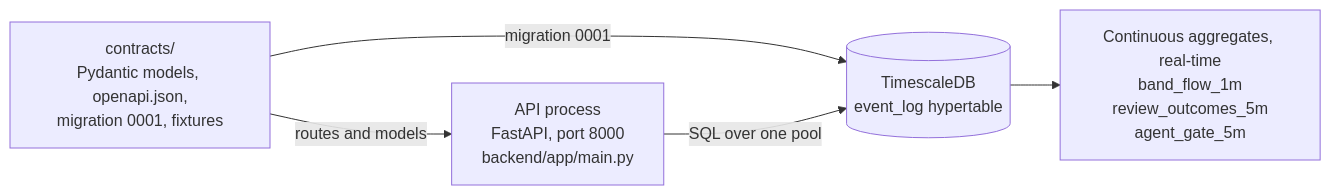
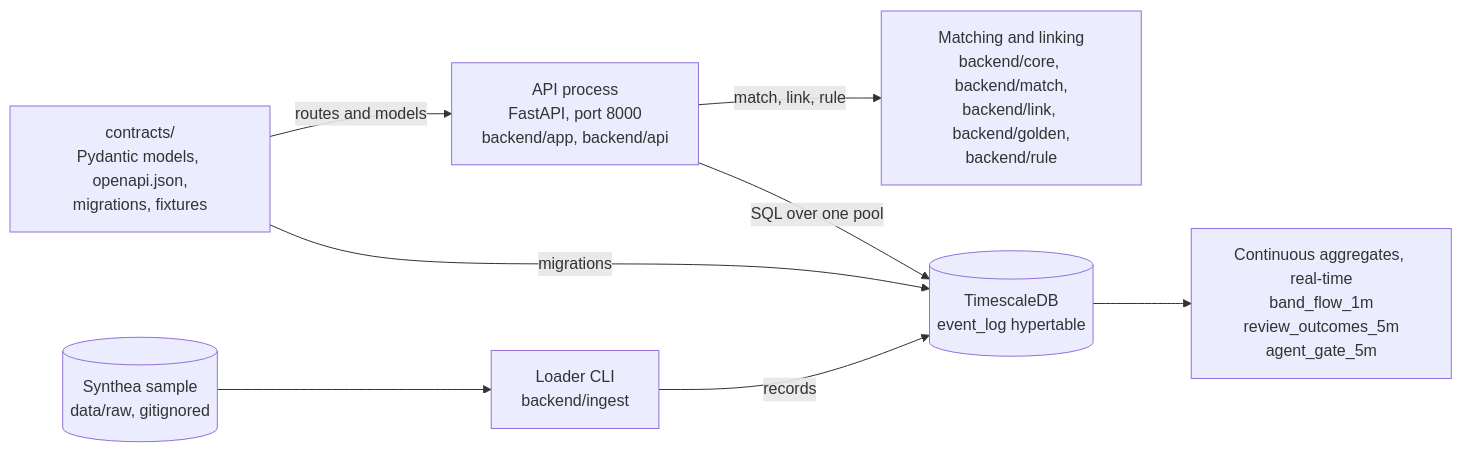
Before and after one commit to ivan-711/checkmate: the diagram in README.md, drawn with Mermaid. The commit also changed other lines of this file, not shown here.

First line of the commit message:
docs: D1 round 2, README matches main [AI-assisted]

````diff
--- a/README.md
+++ b/README.md
@@ -47,11 +58,17 @@
 ```mermaid
 flowchart LR
-    contracts["contracts/<br/>Pydantic models, openapi.json,<br/>migration 0001, fixtures"]
-    api["API process<br/>FastAPI, port 8000<br/>backend/app/main.py"]
+    contracts["contracts/<br/>Pydantic models, openapi.json,<br/>migrations, fixtures"]
+    api["API process<br/>FastAPI, port 8000<br/>backend/app, backend/api"]
+    engine["Matching and linking<br/>backend/core, backend/match,<br/>backend/link, backend/golden,<br/>backend/rule"]
+    ingest["Loader CLI<br/>backend/ingest"]
+    raw[("Synthea sample<br/>data/raw, gitignored")]
     db[("TimescaleDB<br/>event_log hypertable")]
     aggs["Continuous aggregates, real-time<br/>band_flow_1m<br/>review_outcomes_5m<br/>agent_gate_5m"]
     contracts -- "routes and models" --> api
-    contracts -- "migration 0001" --> db
+    contracts -- "migrations" --> db
+    api -- "match, link, rule" --> engine
     api -- "SQL over one pool" --> db
+    raw --> ingest
+    ingest -- "records" --> db
     db --> aggs
 ```
````
